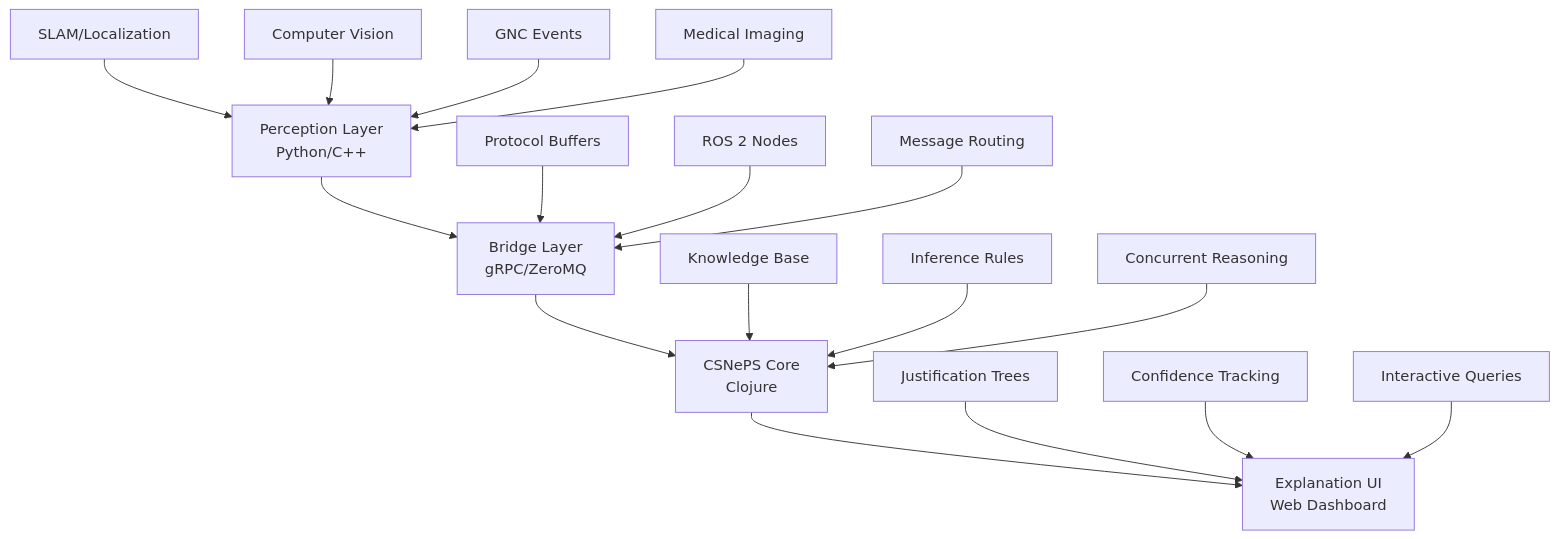
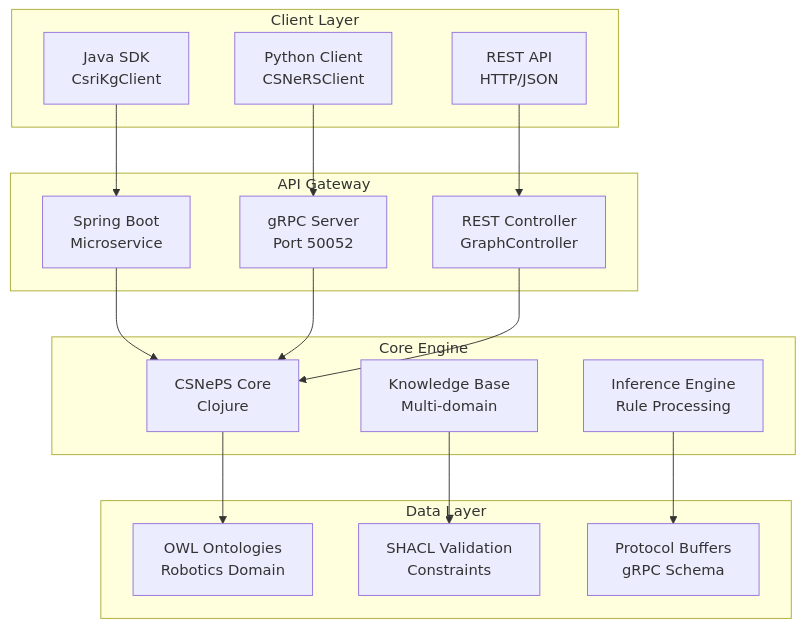
The diagram in README.md (hkevin01/csneps-robotics-inference), drawn with Mermaid before and after one commit. The commit also changed other lines of this file and 25 other files, not shown here.

First line of the commit message:
Implement mock services for CSNePS integration, gRPC server, and OWL to CSNePS conversion

````diff
--- a/README.md
+++ b/README.md
@@ -25,23 +36,36 @@
 ```mermaid
 graph TB
-    A[Perception Layer<br/>Python/C++] --> B[Bridge Layer<br/>gRPC/ZeroMQ]
-    B --> C[CSNePS Core<br/>Clojure]
-    C --> D[Explanation UI<br/>Web Dashboard]
+    subgraph "Client Layer"
+        A1[Java SDK<br/>CsriKgClient]
+        A2[Python Client<br/>CSNeRSClient]
+        A3[REST API<br/>HTTP/JSON]
+    end
 
-    A1[SLAM/Localization] --> A
-    A2[Computer Vision] --> A
-    A3[GNC Events] --> A
-    A4[Medical Imaging] --> A
+    subgraph "API Gateway"
+        B1[Spring Boot<br/>Microservice]
+        B2[gRPC Server<br/>Port 50052]
+        B3[REST Controller<br/>GraphController]
+    end
 
-    B1[Protocol Buffers] --> B
-    B2[ROS 2 Nodes] --> B
-    B3[Message Routing] --> B
+    subgraph "Core Engine"
+        C1[CSNePS Core<br/>Clojure]
+        C2[Knowledge Base<br/>Multi-domain]
+        C3[Inference Engine<br/>Rule Processing]
+    end
 
-    C1[Knowledge Base] --> C
-    C2[Inference Rules] --> C
-    C3[Concurrent Reasoning] --> C
+    subgraph "Data Layer"
+        D1[OWL Ontologies<br/>Robotics Domain]
+        D2[SHACL Validation<br/>Constraints]
+        D3[Protocol Buffers<br/>gRPC Schema]
+    end
 
-    D1[Justification Trees] --> D
-    D2[Confidence Tracking] --> D
-    D3[Interactive Queries] --> D
+    A1 --> B1
+    A2 --> B2
+    A3 --> B3
+    B1 --> C1
+    B2 --> C1
+    B3 --> C1
+    C1 --> D1
+    C2 --> D2
+    C3 --> D3
 ```
````
